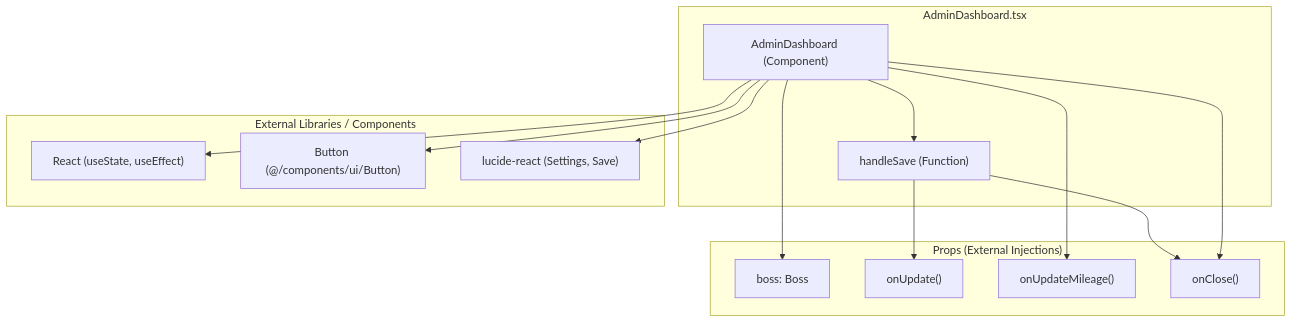
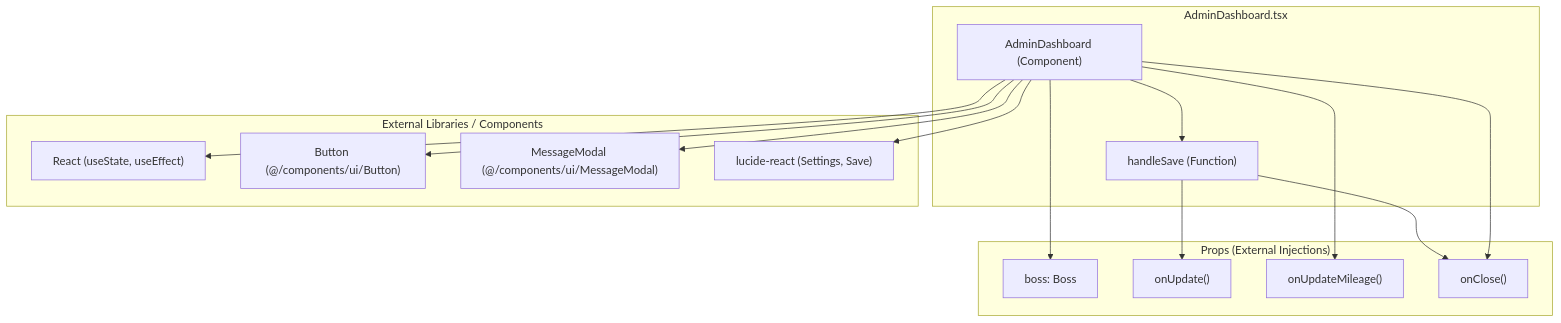
Before and after one commit to mmtigers/my_python_project: the second of 2 diagrams in docs/specifications/family-quest/src/features/admin/components/AdminDashboard.md, drawn with Mermaid. The commit also changed other lines of this file and 47 other files, not shown here.

````diff
--- a/docs/specifications/family-quest/src/features/admin/components/AdminDashboard.md
+++ b/docs/specifications/family-quest/src/features/admin/components/AdminDashboard.md
@@ -140,33 +154,35 @@
 ```mermaid
 graph TD
     subgraph "AdminDashboard.tsx"
         AdminDashboard["AdminDashboard (Component)"]
         handleSave["handleSave (Function)"]
     end
 
     subgraph "Props (External Injections)"
         boss["boss: Boss"]
         onUpdate["onUpdate()"]
         onUpdateMileage["onUpdateMileage()"]
         onClose["onClose()"]
     end
 
     subgraph "External Libraries / Components"
         React["React (useState, useEffect)"]
         Button["Button (@/components/ui/Button)"]
+        MessageModal["MessageModal (@/components/ui/MessageModal)"]
         Icons["lucide-react (Settings, Save)"]
     end
 
     AdminDashboard --> React
     AdminDashboard --> Button
+    AdminDashboard --> MessageModal
     AdminDashboard --> Icons
     AdminDashboard --> boss
     AdminDashboard --> handleSave
     
     handleSave --> onUpdate
     handleSave --> onClose
     
     AdminDashboard --> onUpdateMileage
     AdminDashboard --> onClose
 
 ```
````
